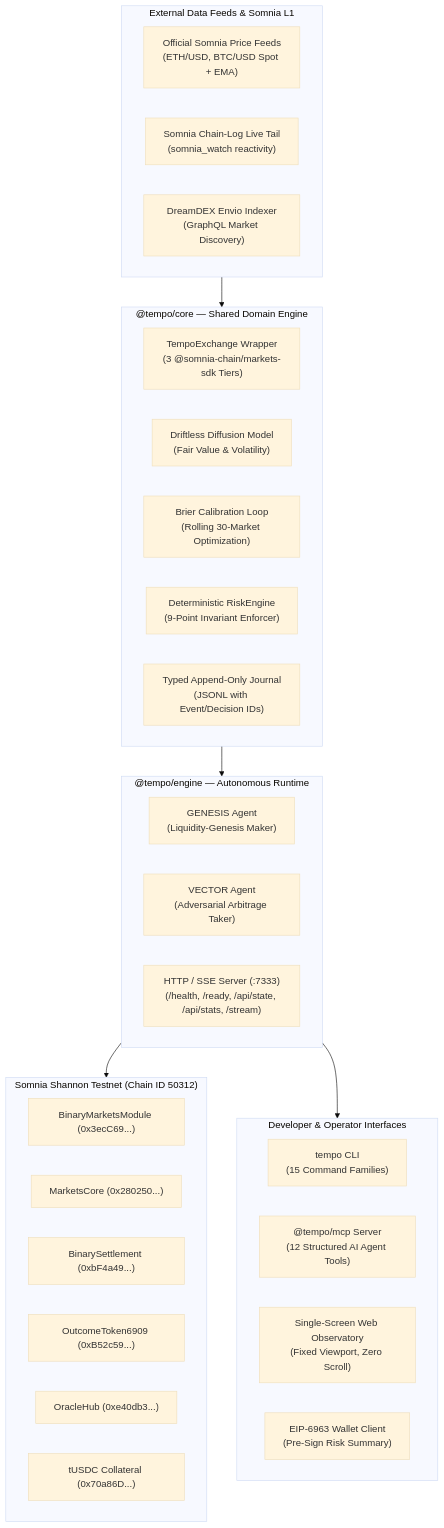
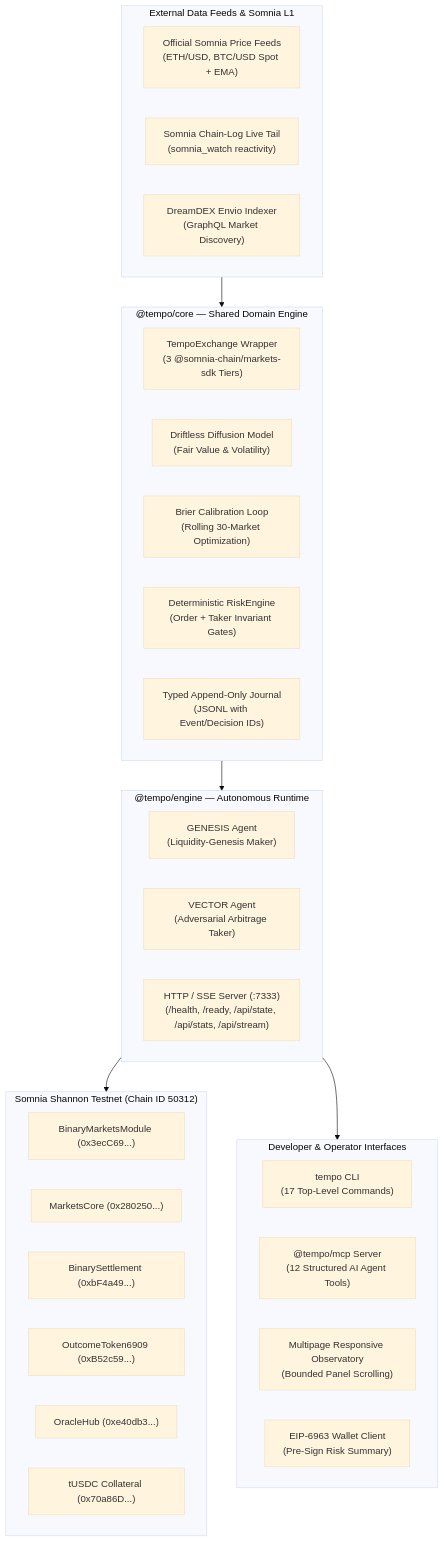
One commit to Kevincruz2005/Tempo changed the third of 3 diagrams in README.md. Above: the diagram before and after it, drawn with Mermaid (base theme). The commit also changed other lines of this file and 1 other file, not shown here.

````diff
--- a/README.md
+++ b/README.md
@@ -337,43 +336,43 @@
 ```mermaid
 graph TD
     subgraph DataSources["External Data Feeds & Somnia L1"]
         Feed["Official Somnia Price Feeds<br/>(ETH/USD, BTC/USD Spot + EMA)"]
         Tail["Somnia Chain-Log Live Tail<br/>(somnia_watch reactivity)"]
         Indexer["DreamDEX Envio Indexer<br/>(GraphQL Market Discovery)"]
     end
 
     subgraph CoreLayer["@tempo/core — Shared Domain Engine"]
         Exchange["TempoExchange Wrapper<br/>(3 @somnia-chain/markets-sdk Tiers)"]
         FV["Driftless Diffusion Model<br/>(Fair Value & Volatility)"]
         Calib["Brier Calibration Loop<br/>(Rolling 30-Market Optimization)"]
-        Risk["Deterministic RiskEngine<br/>(9-Point Invariant Enforcer)"]
+        Risk["Deterministic RiskEngine<br/>(Order + Taker Invariant Gates)"]
         Journal["Typed Append-Only Journal<br/>(JSONL with Event/Decision IDs)"]
     end
 
     subgraph EngineLayer["@tempo/engine — Autonomous Runtime"]
         GEN["GENESIS Agent<br/>(Liquidity-Genesis Maker)"]
         VEC["VECTOR Agent<br/>(Adversarial Arbitrage Taker)"]
-        HTTP["HTTP / SSE Server (:7333)<br/>(/health, /ready, /api/state, /api/stats, /stream)"]
+        HTTP["HTTP / SSE Server (:7333)<br/>(/health, /ready, /api/state, /api/stats, /api/stream)"]
     end
 
     subgraph Surfaces["Developer & Operator Interfaces"]
-        CLI["tempo CLI<br/>(15 Command Families)"]
+        CLI["tempo CLI<br/>(17 Top-Level Commands)"]
         MCP["@tempo/mcp Server<br/>(12 Structured AI Agent Tools)"]
-        Web["Single-Screen Web Observatory<br/>(Fixed Viewport, Zero Scroll)"]
+        Web["Multipage Responsive Observatory<br/>(Bounded Panel Scrolling)"]
         Wallet["EIP-6963 Wallet Client<br/>(Pre-Sign Risk Summary)"]
     end
 
     subgraph Blockchain["Somnia Shannon Testnet (Chain ID 50312)"]
         Module["BinaryMarketsModule (0x3ecC69...)"]
         Core["MarketsCore (0x280250...)"]
         Settlement["BinarySettlement (0xbF4a49...)"]
         Tokens["OutcomeToken6909 (0xB52c59...)"]
         Oracle["OracleHub (0xe40db3...)"]
         Collateral["tUSDC Collateral (0x70a86D...)"]
     end
 
     DataSources --> CoreLayer
     CoreLayer --> EngineLayer
     EngineLayer --> Blockchain
     EngineLayer --> Surfaces
 ```
````
